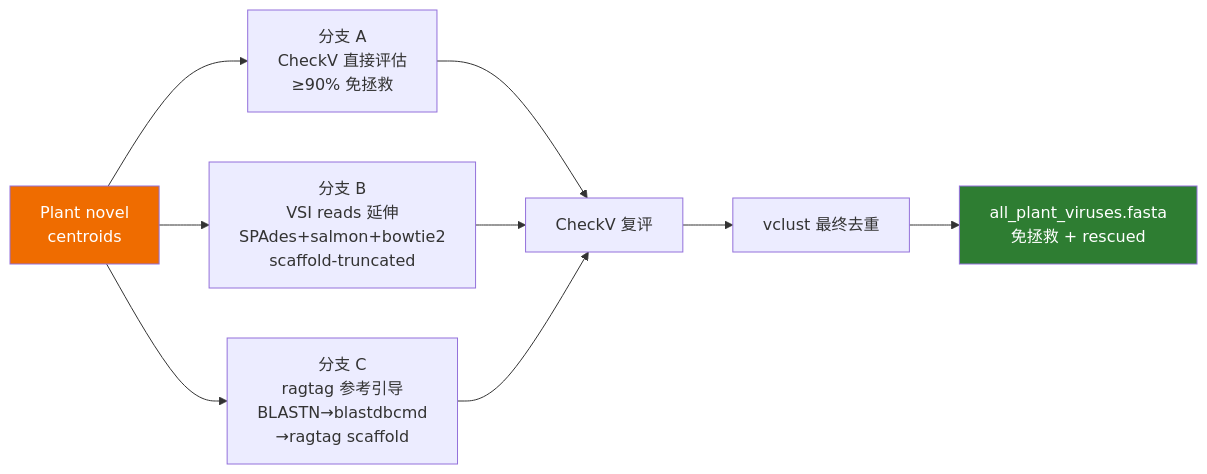
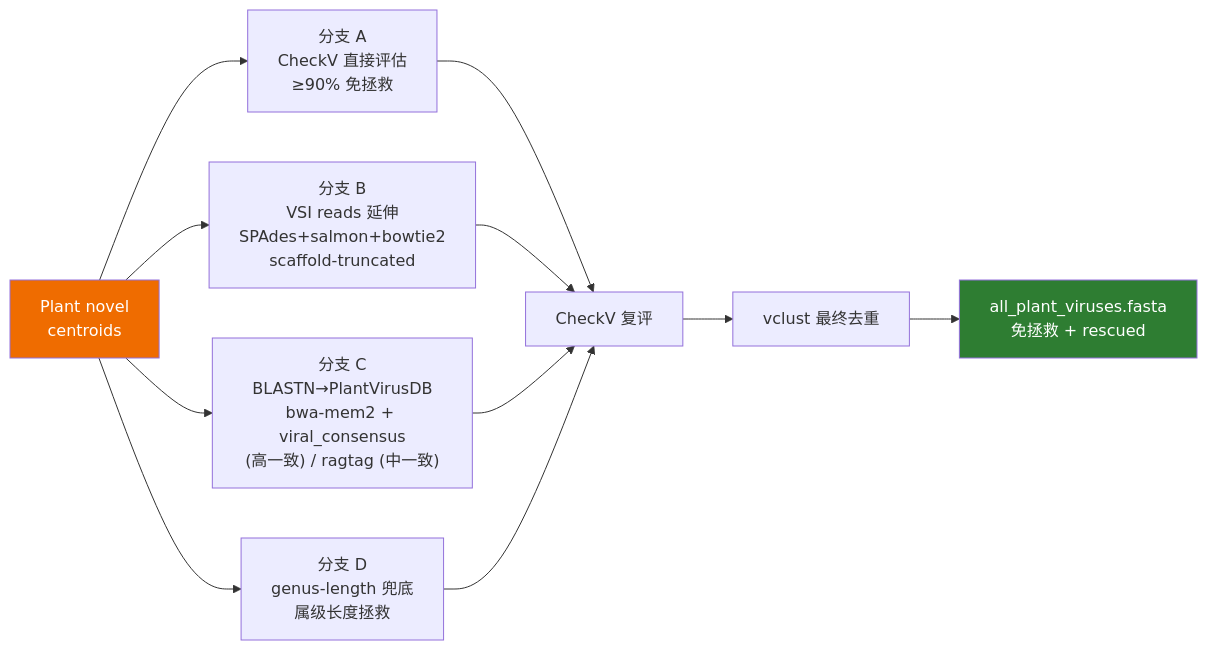
Before and after one commit to zhangwenda0518/MMPV-RNA: the fourth of 6 diagrams in doc/MMPV-RNA_pipelines_flow.md, drawn with Mermaid. The commit also changed other lines of this file and 1041 other files, not shown here.

````diff
--- a/doc/MMPV-RNA_pipelines_flow.md
+++ b/doc/MMPV-RNA_pipelines_flow.md
@@ -107,14 +121,16 @@
 ```mermaid
 flowchart LR
     A["Plant novel<br/>centroids"] --> B["分支 A<br/>CheckV 直接评估<br/>≥90% 免拯救"]
     A --> C["分支 B<br/>VSI reads 延伸<br/>SPAdes+salmon+bowtie2<br/>scaffold-truncated"]
-    A --> D["分支 C<br/>ragtag 参考引导<br/>BLASTN→blastdbcmd<br/>→ragtag scaffold"]
+    A --> D["分支 C<br/>BLASTN→PlantVirusDB<br/>bwa-mem2 + viral_consensus<br/>(高一致) / ragtag (中一致)"]
+    A --> H["分支 D<br/>genus-length 兜底<br/>属级长度拯救"]
     B --> E["CheckV 复评"]
     C --> E
     D --> E
+    H --> E
     E --> F["vclust 最终去重"]
     F --> G["all_plant_viruses.fasta<br/>免拯救 + rescued"]
 
     style A fill:#ef6c00,color:#fff
     style G fill:#2e7d32,color:#fff
 ```
````
